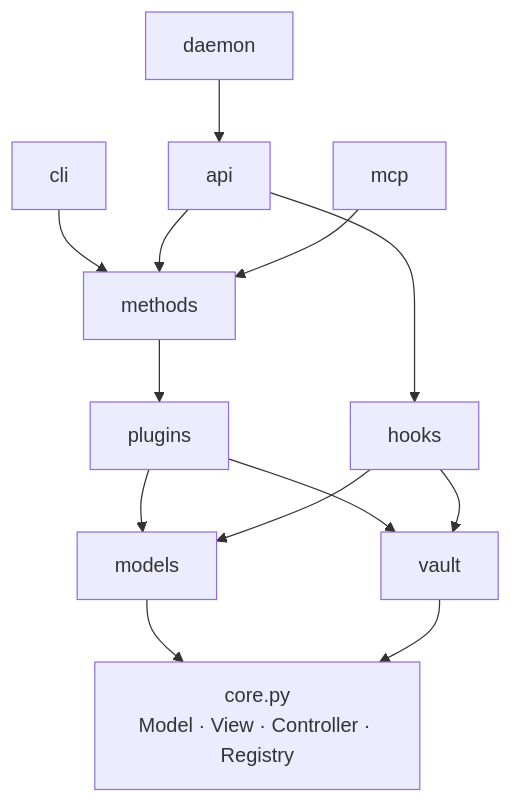
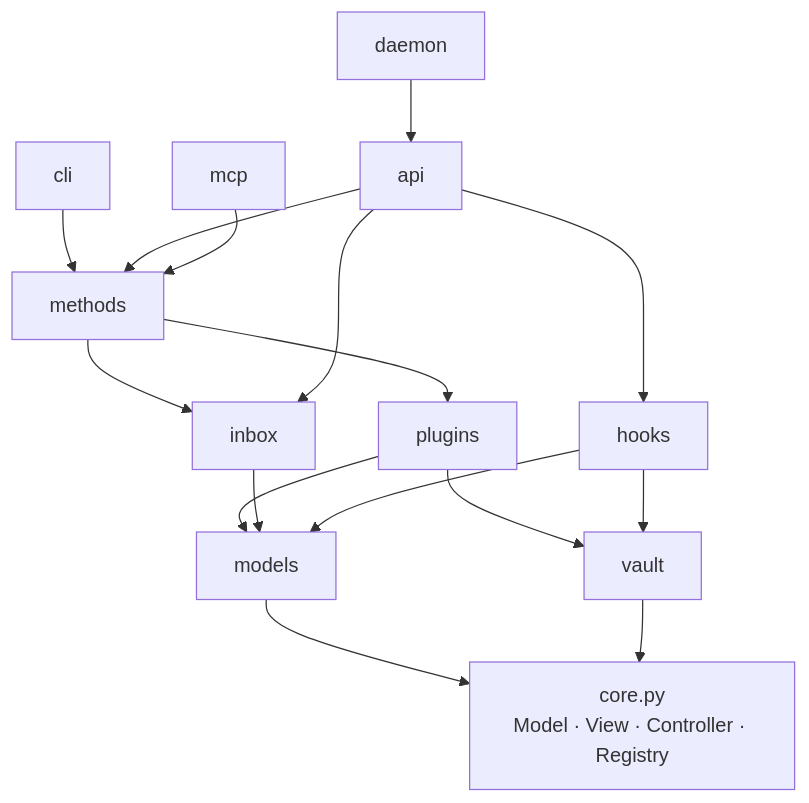
Before and after one commit to Sarverott/amoorion: the diagram in docs/structure.md, drawn with Mermaid. The commit also changed other lines of this file and 11 other files, not shown here.

Commit message:
feat(inbox): received messages kept in SQLite; read and hooks fill it, the inbox method lists it (Q11)

````diff
--- a/docs/structure.md
+++ b/docs/structure.md
@@ -39,13 +40,14 @@
 ```mermaid
 flowchart TD
     core[core.py<br/>Model · View · Controller · Registry]
     models --> core
     vault --> core
     plugins --> models & vault
-    methods --> plugins
+    methods --> plugins & inbox
+    inbox --> models
     hooks --> models & vault
     cli --> methods
-    api --> methods & hooks
+    api --> methods & hooks & inbox
     mcp --> methods
     daemon --> api
 ```
````
